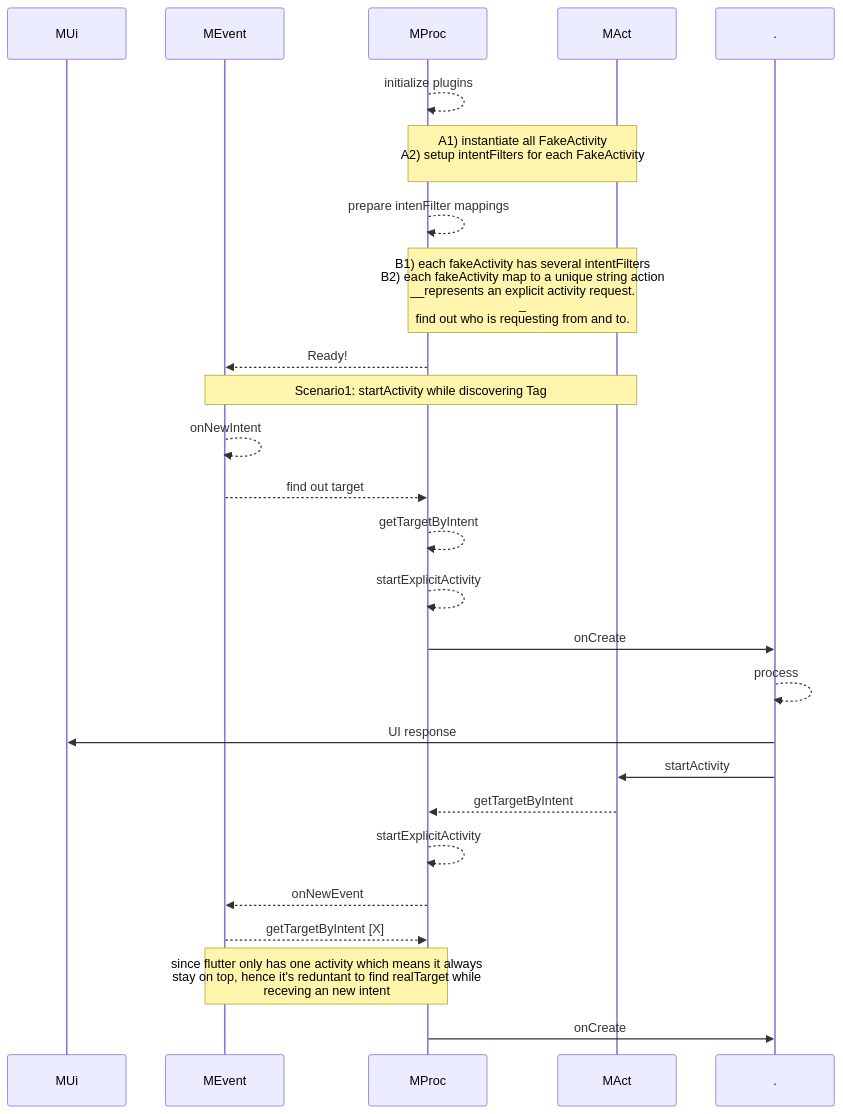
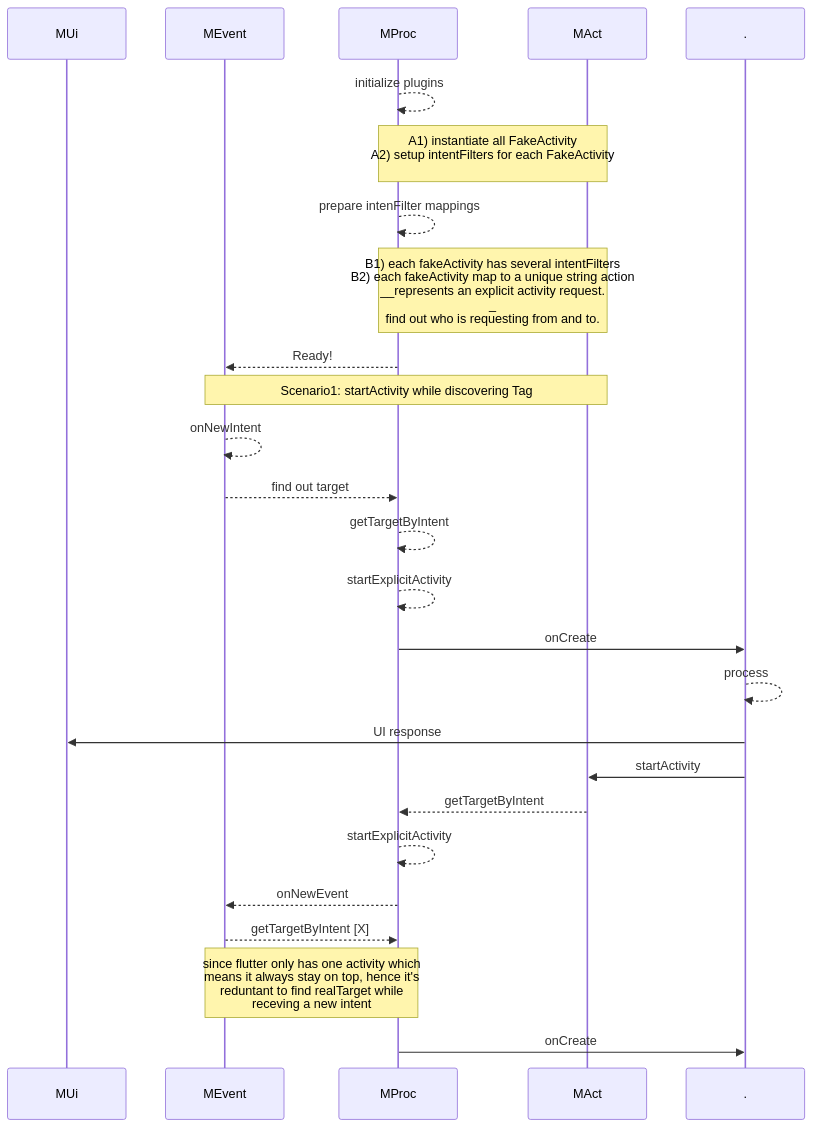
The third of 6 diagrams in flutter/android_to_flutter.md (gordianknotC/nxp_note), drawn with Mermaid before and after one commit. The commit also changed other lines of this file, not shown here.

Commit message:
flutter/android_to_flutter.md updated from https://stackedit.io/

````diff
--- a/flutter/android_to_flutter.md
+++ b/flutter/android_to_flutter.md
@@ -50,34 +50,34 @@
 ```mermaid
 sequenceDiagram
 participant MUi
 participant MEvent
 participant MProc
 participant MAct
 participant .
 
 MProc-->>MProc: initialize plugins
 Note over MProc,MAct: A1) instantiate all FakeActivity<br>A2) setup intentFilters for each FakeActivity<br>
 
 MProc-->>MProc: prepare intenFilter mappings
 Note over MProc, MAct: B1) each fakeActivity has several intentFilters<br>B2) each fakeActivity map to a unique string action<br>__represents an explicit activity request.<br>_<br> find out who is requesting from and to.
 
 MProc-->>MEvent: Ready!
 
 Note over MEvent, MAct: Scenario1: startActivity while discovering Tag
 MEvent-->>MEvent: onNewIntent
 MEvent-->>MProc: find out target
 MProc-->>MProc: getTargetByIntent
 MProc-->>MProc: startExplicitActivity
 MProc->> . : onCreate
 . -->> . : process
 . ->> MUi: UI response
 . ->> MAct: startActivity
 MAct -->> MProc: getTargetByIntent
 MProc -->> MProc: startExplicitActivity
 MProc -->> MEvent: onNewEvent
 MEvent -->> MProc: getTargetByIntent [X]
 
-Note over MEvent, MProc: since flutter only has one activity which means it always<br> stay on top, hence it's reduntant to find realTarget while <br>receving an new intent
+Note over MEvent, MProc: since flutter only has one activity which<br> means it always stay on top, hence it's<br> reduntant to find realTarget while <br>receving a new intent
 MProc ->> . : onCreate
 
 ```
````
